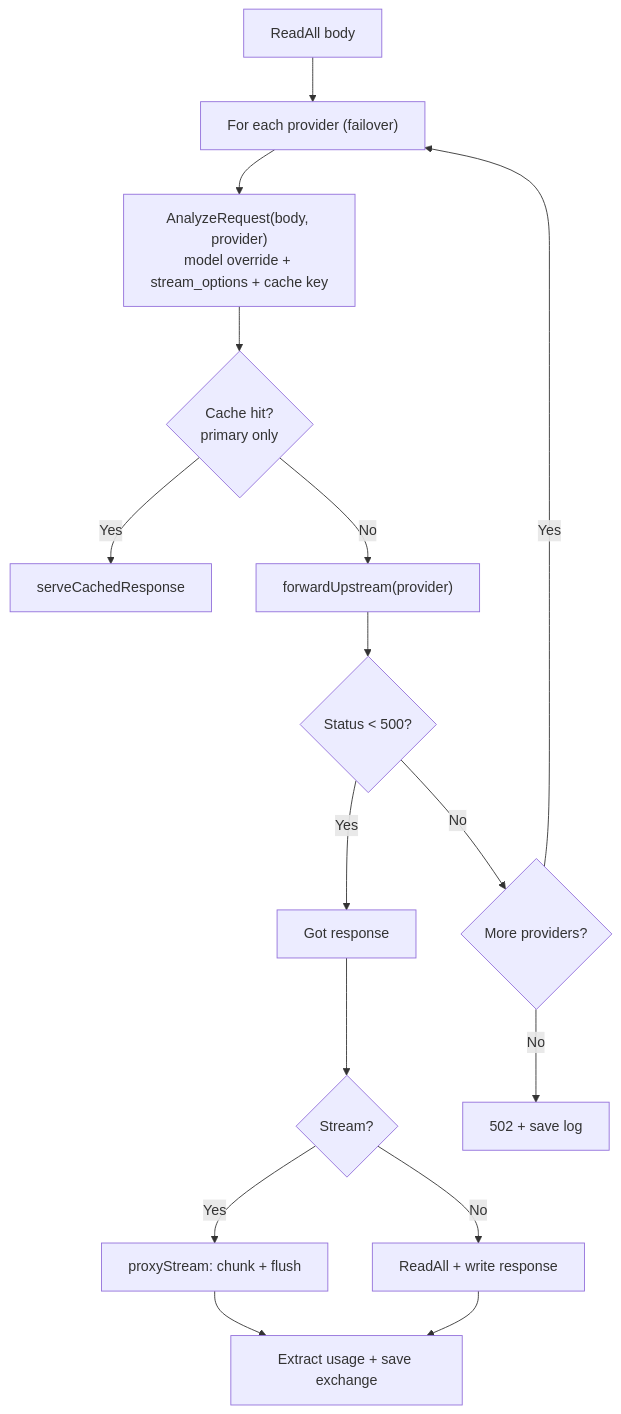
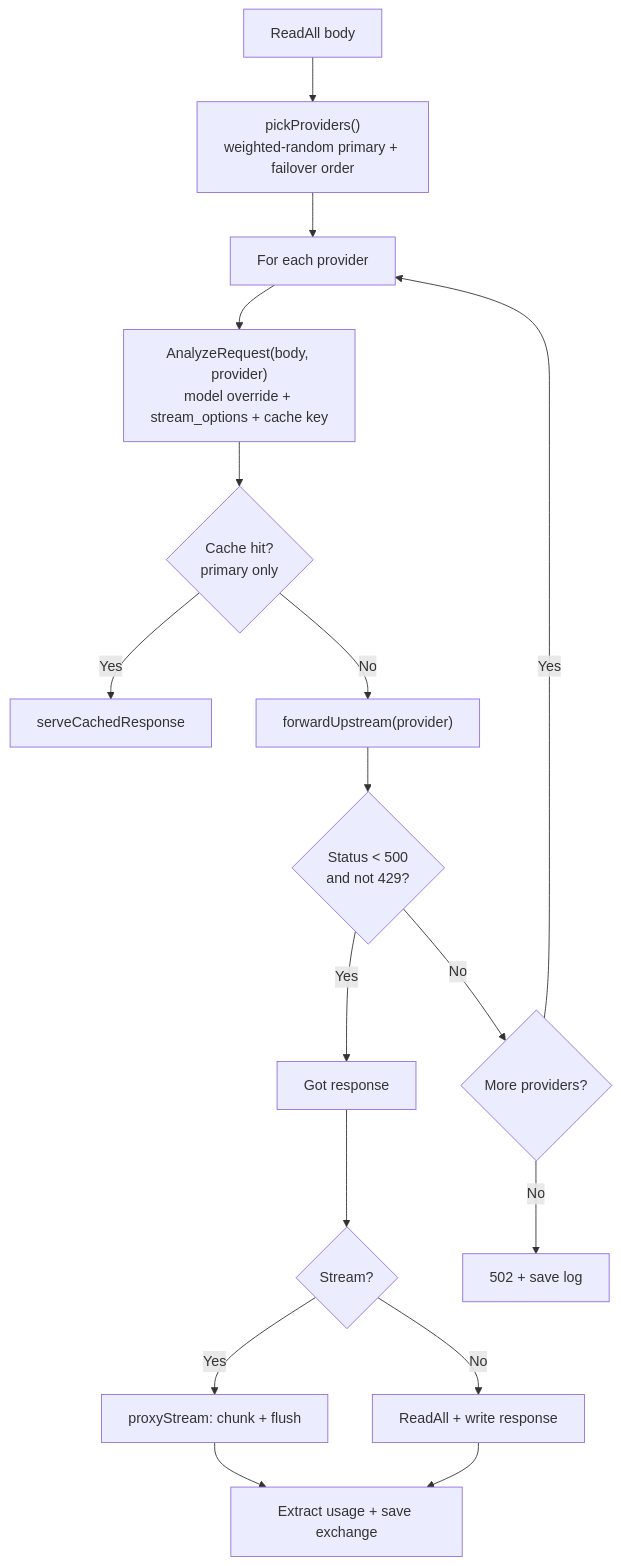
The second of 2 diagrams in docs/proxy-flow.md (jiacai2050/ai-menshen), drawn with Mermaid before and after one commit. The commit also changed other lines of this file and 2 other files, not shown here.

First line of the commit message:
feat(proxy): Add weighted load-balancing for providers

````diff
--- a/docs/proxy-flow.md
+++ b/docs/proxy-flow.md
@@ -19,20 +19,21 @@
 ```mermaid
 flowchart TD
-    AUDIT[ReadAll body] --> LOOP["For each provider (failover)"]
+    AUDIT[ReadAll body] --> PICK["pickProviders()<br/>weighted-random primary + failover order"]
+    PICK --> LOOP["For each provider"]
 
     LOOP --> ANALYZE["AnalyzeRequest(body, provider)<br/>model override + stream_options + cache key"]
     ANALYZE --> CACHE{Cache hit?<br/>primary only}
     CACHE -->|Yes| R1[serveCachedResponse]
     CACHE -->|No| UPSTREAM["forwardUpstream(provider)"]
-    UPSTREAM --> OK{Status < 500?}
+    UPSTREAM --> OK{Status < 500<br/>and not 429?}
     OK -->|Yes| RESP[Got response]
     OK -->|No| NEXT{More providers?}
     NEXT -->|Yes| LOOP
     NEXT -->|No| R2[502 + save log]
 
     RESP --> STREAM{Stream?}
     STREAM -->|Yes| R3[proxyStream: chunk + flush]
     STREAM -->|No| R4[ReadAll + write response]
     R3 --> SAVE[Extract usage + save exchange]
     R4 --> SAVE
 ```
````
